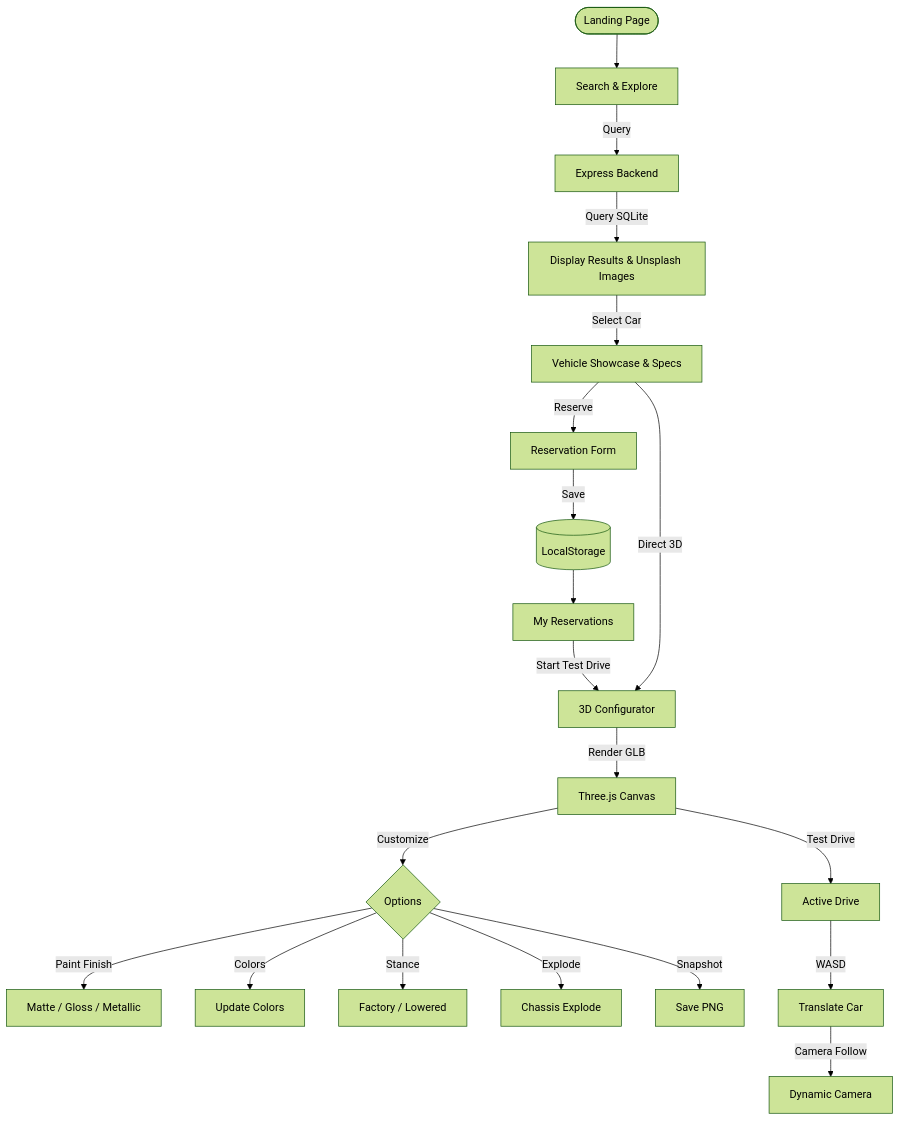
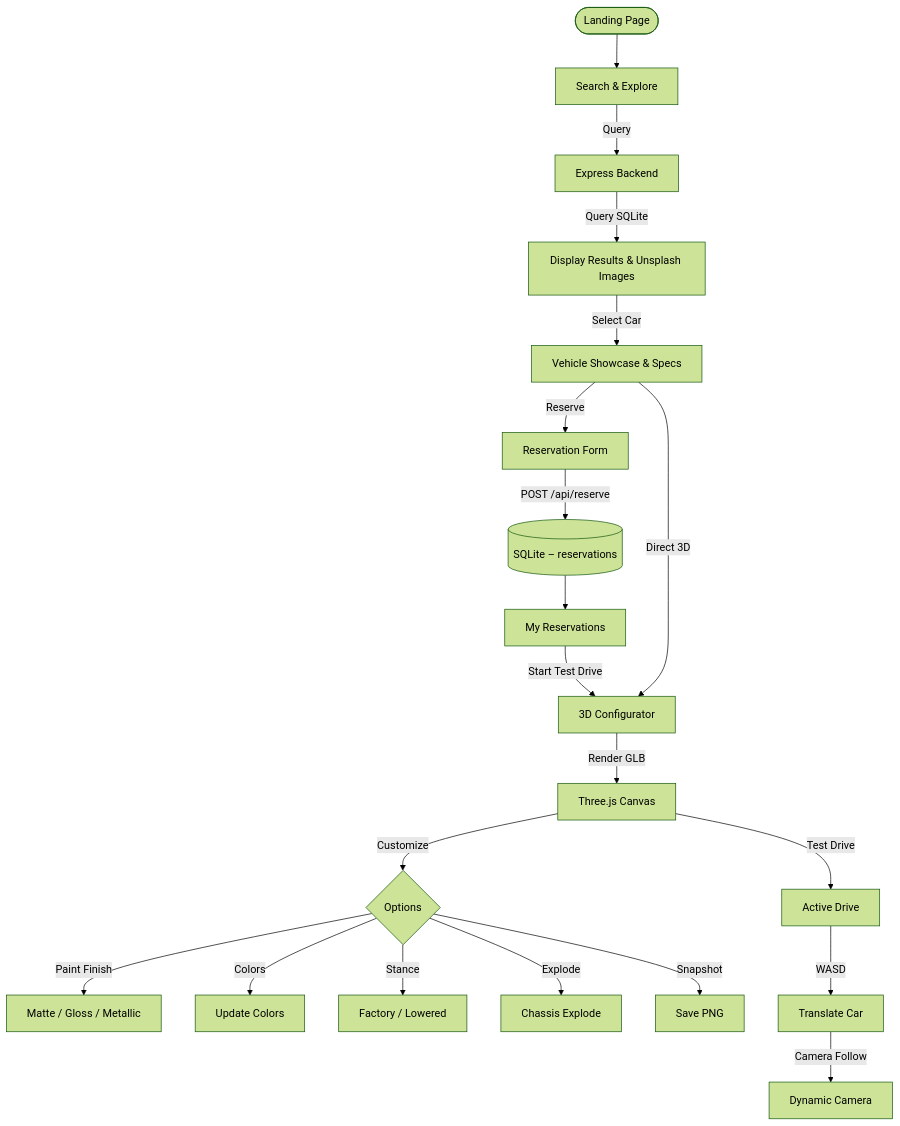
Before and after one commit to Adarsh-Saripaka/Axis-DriveWorks: the second of 2 diagrams in README.md, drawn with Mermaid (forest theme). The commit also changed other lines of this file and 5 other files, not shown here.

````diff
--- a/README.md
+++ b/README.md
@@ -66,22 +64,22 @@
 ```mermaid
 graph TD
     Start([Landing Page]) --> Search[Search & Explore]
     Search -->|Query| BackendSearch[Express Backend]
     BackendSearch -->|Query SQLite| Results[Display Results & Unsplash Images]
     Results -->|Select Car| Showcase[Vehicle Showcase & Specs]
     Showcase -->|Reserve| BookForm[Reservation Form]
-    BookForm -->|Save| LocalSave[(LocalStorage)]
-    LocalSave --> Bookings[My Reservations]
+    BookForm -->|POST /api/reserve| DBSave[(SQLite – reservations)]
+    DBSave --> Bookings[My Reservations]
     Bookings -->|Start Test Drive| Viewer[3D Configurator]
     Showcase -->|Direct 3D| Viewer
     Viewer -->|Render GLB| Canvas[Three.js Canvas]
     Canvas -->|Customize| Config{Options}
     Config -->|Paint Finish| Finish[Matte / Gloss / Metallic]
     Config -->|Colors| Palette[Update Colors]
     Config -->|Stance| Stance[Factory / Lowered]
     Config -->|Explode| Explode[Chassis Explode]
     Config -->|Snapshot| Snapshot[Save PNG]
     Canvas -->|Test Drive| DriveMode[Active Drive]
     DriveMode -->|WASD| Movement[Translate Car]
     Movement -->|Camera Follow| Camera[Dynamic Camera]
 ```
````
